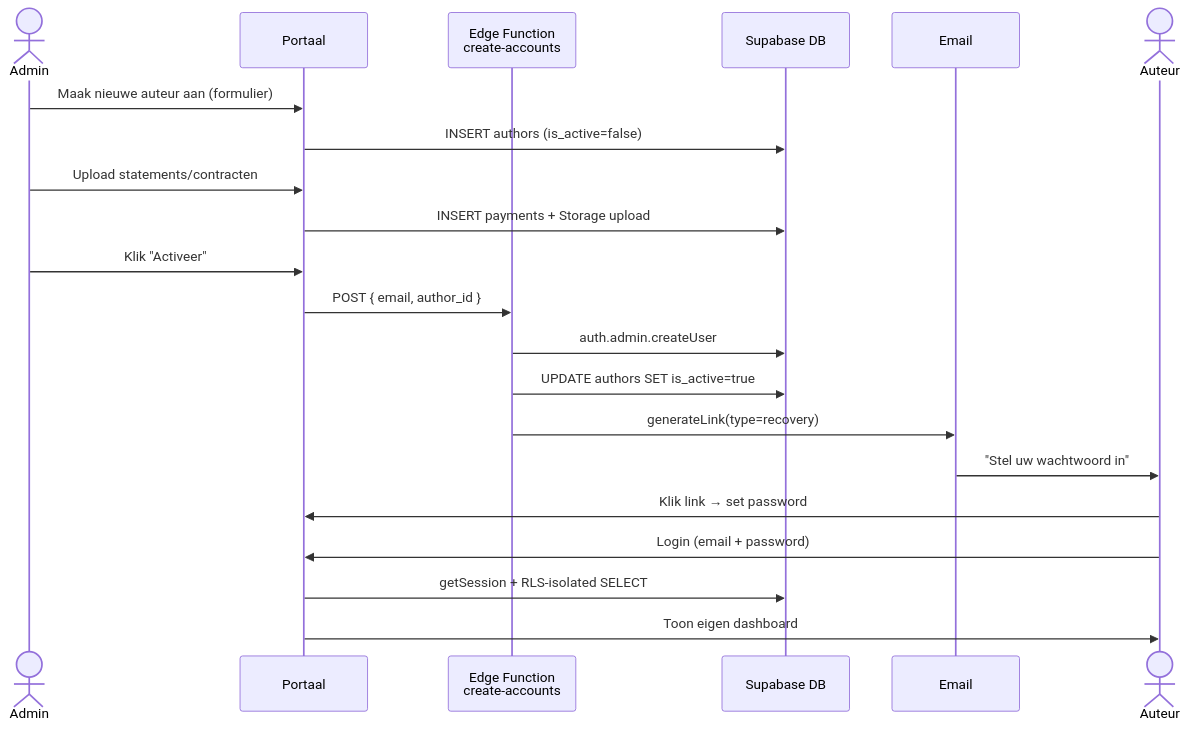
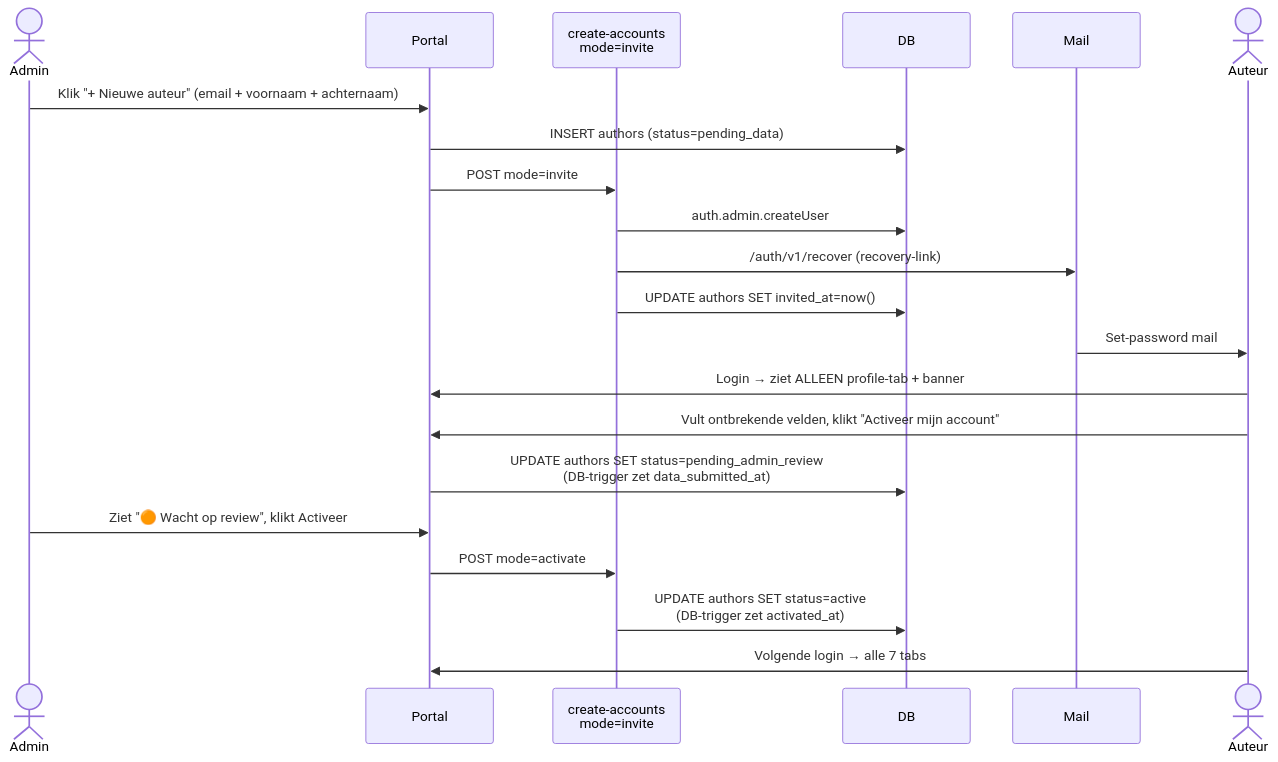
Before and after one commit to SingaporeCity/auteursportaal: the first of 2 diagrams in README.md, drawn with Mermaid. The commit also changed other lines of this file and 2 other files, not shown here.

````diff
--- a/README.md
+++ b/README.md
@@ -151,24 +163,24 @@
 ```mermaid
 sequenceDiagram
-  actor Admin as Admin
-  participant Portal as Portaal
-  participant Edge as Edge Function<br/>create-accounts
-  participant DB as Supabase DB
-  participant Mail as Email
-  actor Auteur as Auteur
+  actor Admin
+  participant Portal
+  participant Edge as create-accounts<br/>mode=invite
+  participant DB
+  participant Mail
+  actor Auteur
 
-  Admin->>Portal: Maak nieuwe auteur aan (formulier)
-  Portal->>DB: INSERT authors (is_active=false)
-  Admin->>Portal: Upload statements/contracten
-  Portal->>DB: INSERT payments + Storage upload
-  Admin->>Portal: Klik "Activeer"
-  Portal->>Edge: POST { email, author_id }
+  Admin->>Portal: Klik "+ Nieuwe auteur" (email + voornaam + achternaam)
+  Portal->>DB: INSERT authors (status=pending_data)
+  Portal->>Edge: POST mode=invite
   Edge->>DB: auth.admin.createUser
-  Edge->>DB: UPDATE authors SET is_active=true
-  Edge->>Mail: generateLink(type=recovery)
-  Mail->>Auteur: "Stel uw wachtwoord in"
-  Auteur->>Portal: Klik link → set password
-  Auteur->>Portal: Login (email + password)
-  Portal->>DB: getSession + RLS-isolated SELECT
-  Portal->>Auteur: Toon eigen dashboard
+  Edge->>Mail: /auth/v1/recover (recovery-link)
+  Edge->>DB: UPDATE authors SET invited_at=now()
+  Mail->>Auteur: Set-password mail
+  Auteur->>Portal: Login → ziet ALLEEN profile-tab + banner
+  Auteur->>Portal: Vult ontbrekende velden, klikt "Activeer mijn account"
+  Portal->>DB: UPDATE authors SET status=pending_admin_review<br/>(DB-trigger zet data_submitted_at)
+  Admin->>Portal: Ziet "🟠 Wacht op review", klikt Activeer
+  Portal->>Edge: POST mode=activate
+  Edge->>DB: UPDATE authors SET status=active<br/>(DB-trigger zet activated_at)
+  Auteur->>Portal: Volgende login → alle 7 tabs
 ```
````
